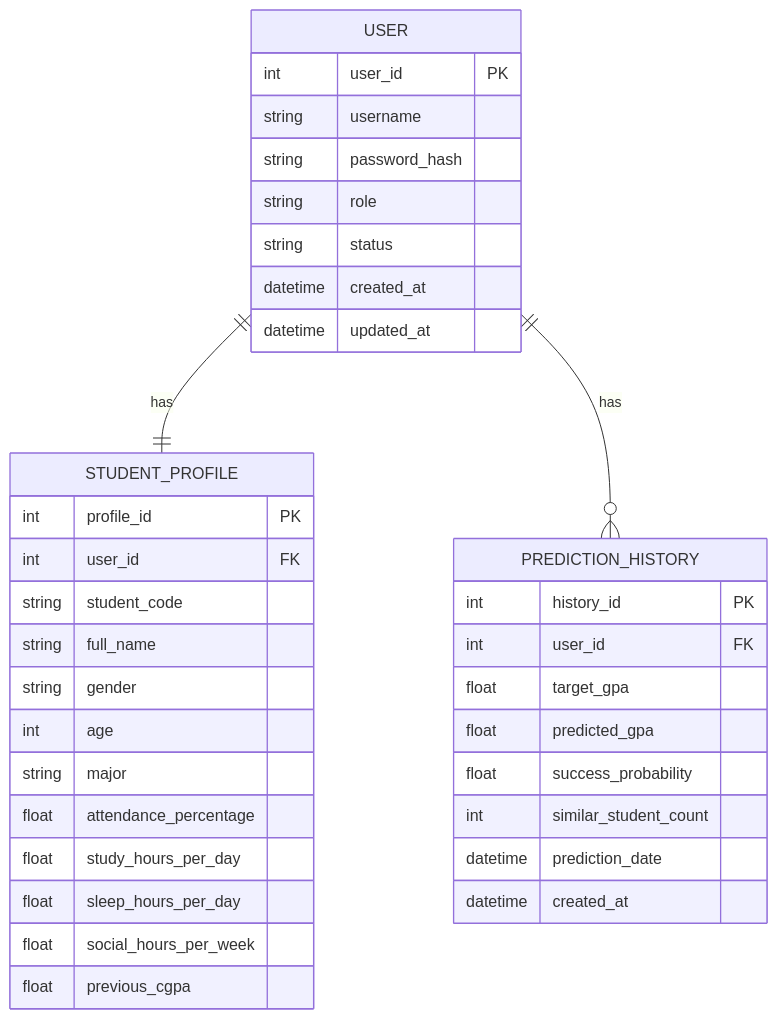
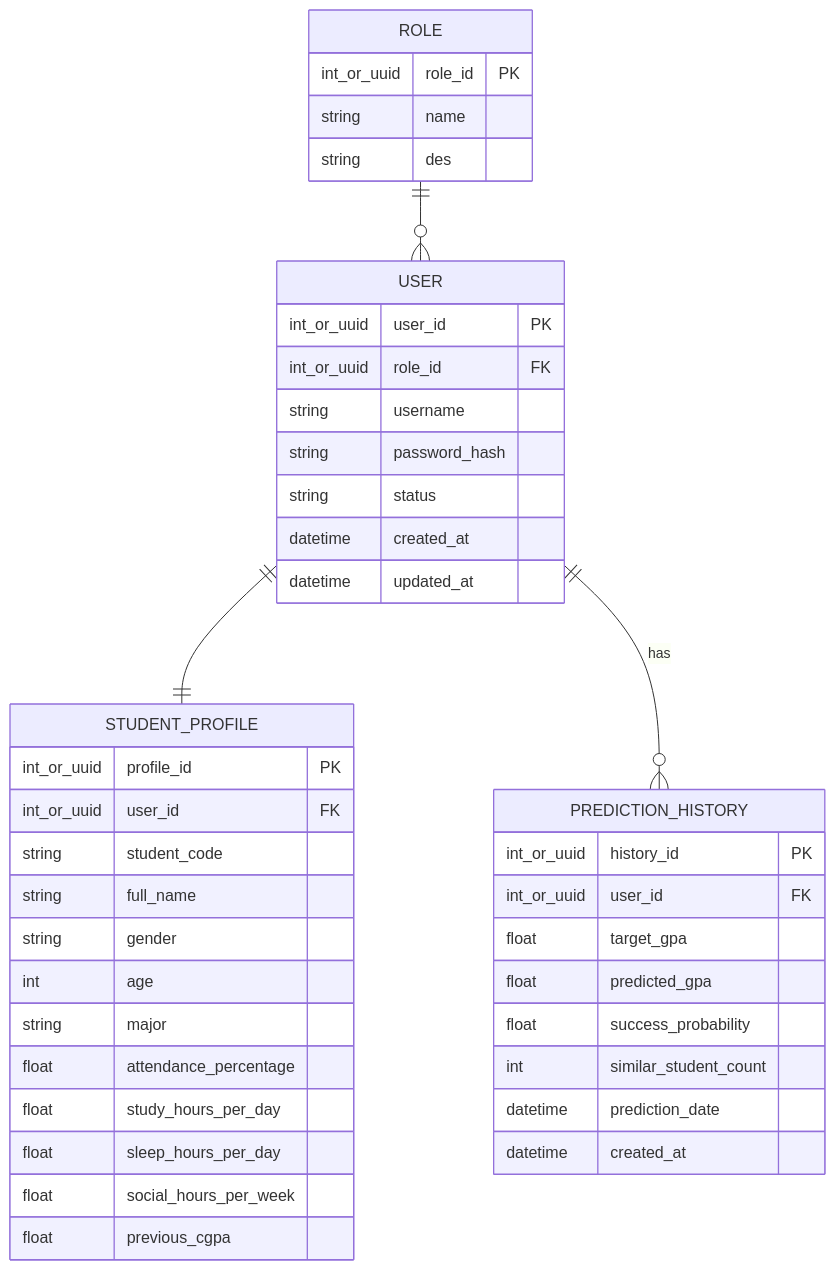
One commit to Tson-dev/DACN changed the second of 2 diagrams in DACN SPEC 1.3.md. Above: the diagram before and after it, drawn with Mermaid. The commit also changed other lines of this file and 1 other file, not shown here.

````diff
--- a/DACN SPEC 1.3.md
+++ b/DACN SPEC 1.3.md
@@ -250,42 +252,49 @@
 ```mermaid
 erDiagram
-    USER ||--|| STUDENT_PROFILE : "has"
+    USER ||--|| STUDENT_PROFILE : ""
     USER ||--o{ PREDICTION_HISTORY : "has"
+    ROLE ||--o{ USER : ""
 
     USER {
-        int user_id PK
+        int_or_uuid user_id PK
+        int_or_uuid role_id FK
         string username
         string password_hash
-        string role
         string status
         datetime created_at
         datetime updated_at
     }
 
     STUDENT_PROFILE {
-        int profile_id PK
-        int user_id FK
+        int_or_uuid profile_id PK
+        int_or_uuid user_id FK
         string student_code
         string full_name
         string gender
         int age
         string major
         float attendance_percentage
         float study_hours_per_day
         float sleep_hours_per_day
         float social_hours_per_week
         float previous_cgpa
     }
 
     PREDICTION_HISTORY {
-        int history_id PK
-        int user_id FK
+        int_or_uuid history_id PK
+        int_or_uuid user_id FK
         float target_gpa
         float predicted_gpa
         float success_probability
         int similar_student_count
         datetime prediction_date
         datetime created_at
     }
 
+    ROLE {
+    int_or_uuid role_id PK
+    string name
+    string des
+    }
+
 ```
````
